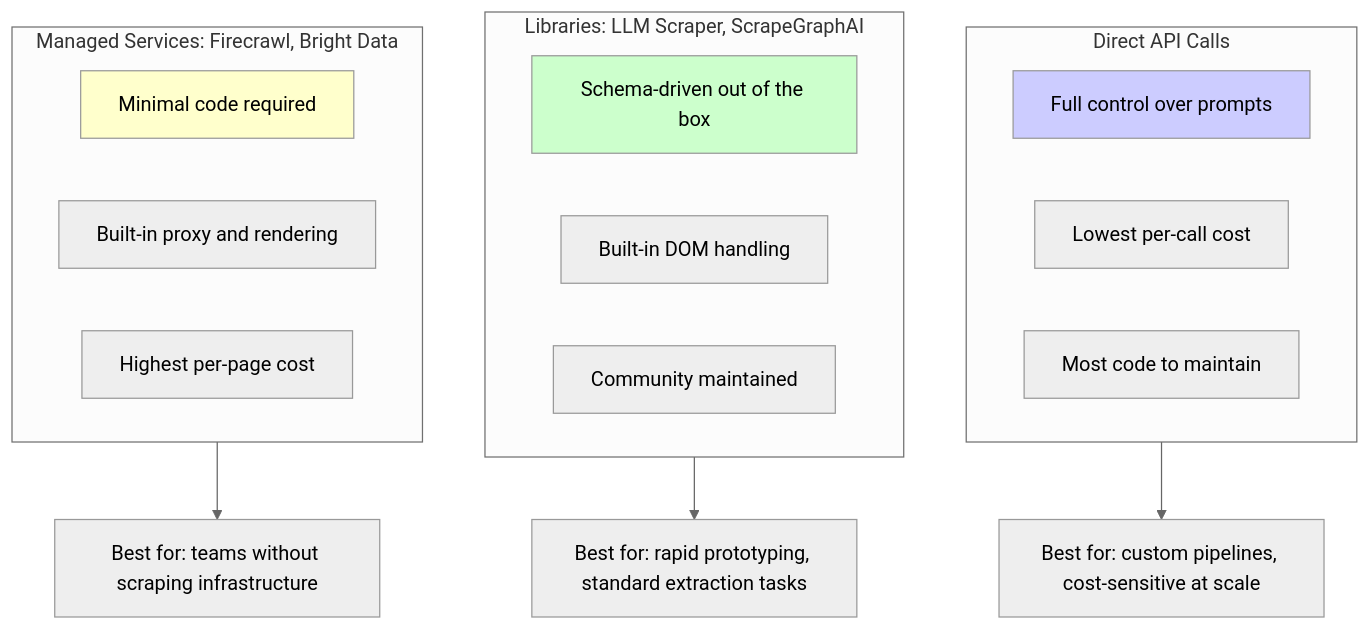
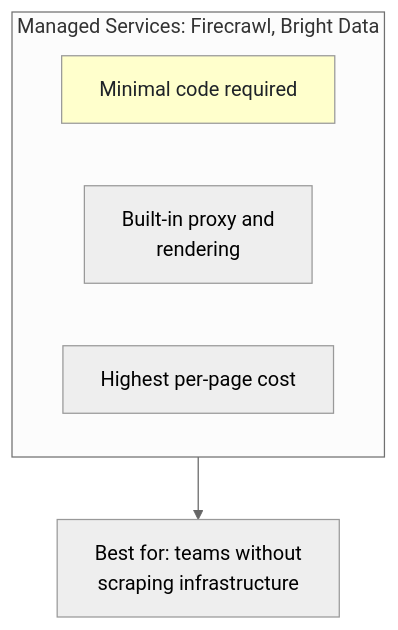
One commit to bytetunnels/bytetunnels.github.com changed the fifth of 5 diagrams in _posts/2026-02-20-llm-powered-data-extraction-schema-driven-scraping-with-structured-output.md. Above: the diagram before and after it, drawn with Mermaid (neutral theme). The commit also changed other lines of this file and 118 other files, not shown here.

Commit message:
feat: improve diagram styling and compact wide flowcharts

````diff
--- a/_posts/2026-02-20-llm-powered-data-extraction-schema-driven-scraping-with-structured-output.md
+++ b/_posts/2026-02-20-llm-powered-data-extraction-schema-driven-scraping-with-structured-output.md
@@ -323,28 +349,12 @@
 ```mermaid
 graph TD
-    subgraph DA["Direct API Calls"]
-        A1["Full control over prompts"]
-        A2["Lowest per-call cost"]
-        A3["Most code to maintain"]
-    end
-
-    subgraph LB["Libraries: LLM Scraper, ScrapeGraphAI"]
-        B1["Schema-driven out of the box"]
-        B2["Built-in DOM handling"]
-        B3["Community maintained"]
-    end
-
     subgraph MS["Managed Services: Firecrawl, Bright Data"]
         C1["Minimal code required"]
-        C2["Built-in proxy and rendering"]
+        C2["Built-in proxy and<br/>rendering"]
         C3["Highest per-page cost"]
     end
 
-    DA --> D["Best for: custom pipelines, cost-sensitive at scale"]
-    LB --> E["Best for: rapid prototyping, standard extraction tasks"]
-    MS --> F["Best for: teams without scraping infrastructure"]
+    MS --> F["Best for: teams without<br/>scraping infrastructure"]
 
-    style A1 fill:#ccccff
-    style B1 fill:#ccffcc
-    style C1 fill:#ffffcc
+    style C1 fill:#ffffcc,color:#1f2328
 ```
````
